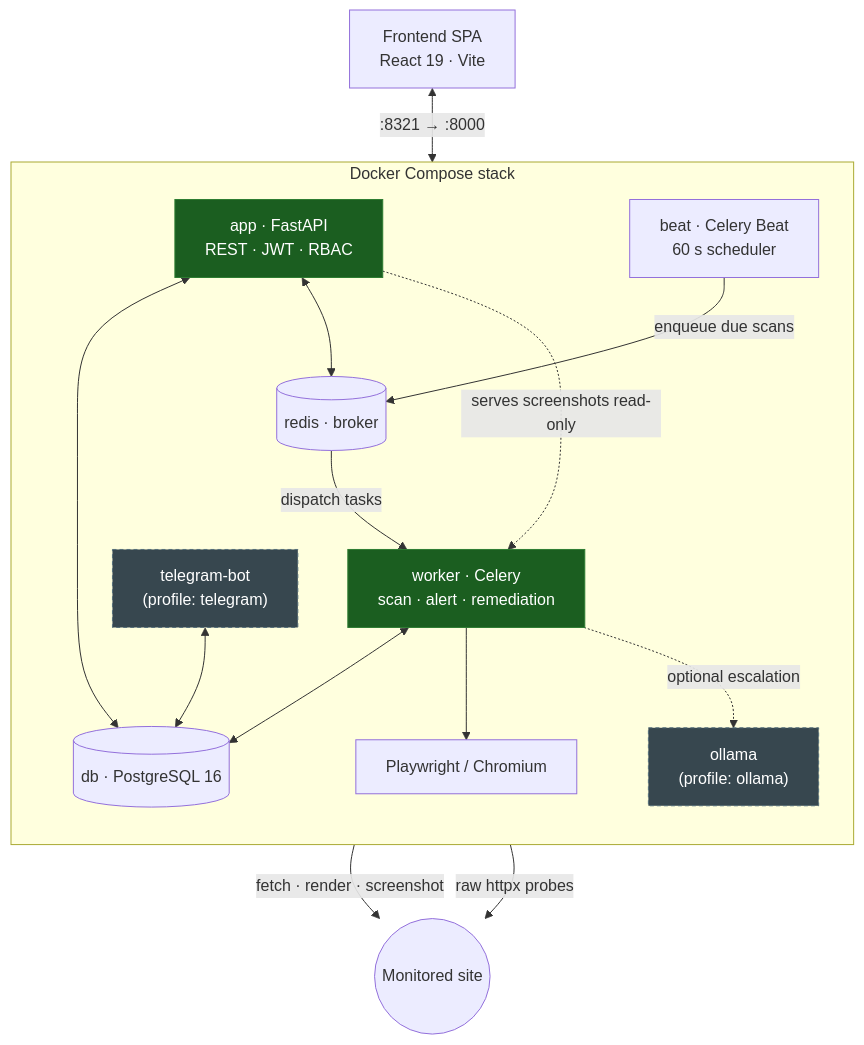
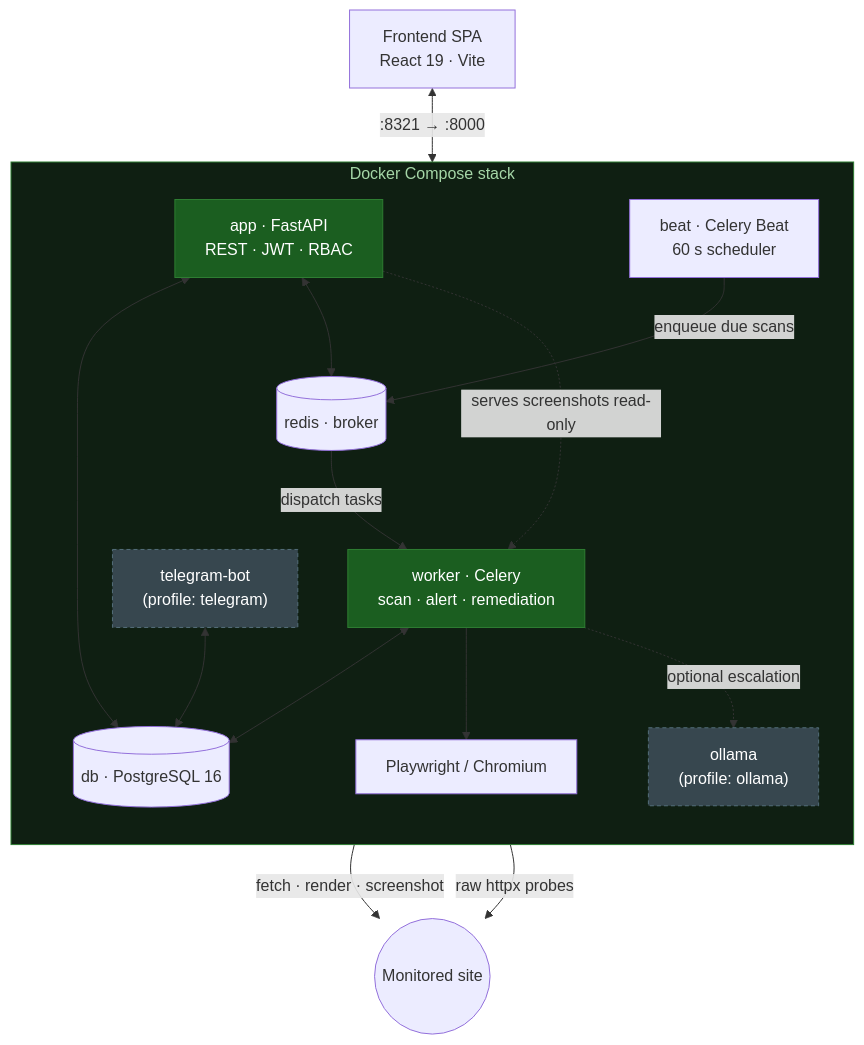
One commit to Ns81000/WARDRESS changed the diagram in docs/introduction.mdx. Above: the diagram before and after it, drawn with Mermaid. The commit also changed 10 other files, not shown here.

Commit message:
docs: add comprehensive documentation for the Wardress detection layers and system architecture.

````diff
--- a/docs/introduction.mdx
+++ b/docs/introduction.mdx
@@ -48,34 +48,35 @@
 ```mermaid
 flowchart TB
     UI[Frontend SPA<br/>React 19 · Vite]
     subgraph HOST [Docker Compose stack]
       direction TB
       API["app · FastAPI<br/>REST · JWT · RBAC"]
       DB[("db · PostgreSQL 16")]
       REDIS[("redis · broker")]
       BEAT["beat · Celery Beat<br/>60 s scheduler"]
       WORKER["worker · Celery<br/>scan · alert · remediation"]
       PW[Playwright / Chromium]
       TG["telegram-bot<br/>(profile: telegram)"]
       OL["ollama<br/>(profile: ollama)"]
     end
     TARGET((Monitored site))
 
     UI <-->|:8321 → :8000| API
     API <--> DB
     API <--> REDIS
     BEAT -->|enqueue due scans| REDIS
     REDIS -->|dispatch tasks| WORKER
     WORKER <--> DB
     WORKER --> PW
     PW -->|fetch · render · screenshot| TARGET
     WORKER -->|raw httpx probes| TARGET
     API -.serves screenshots read-only.-> WORKER
     TG <--> DB
     WORKER -.optional escalation.-> OL
 
     classDef core fill:#1b5e20,stroke:#2e7d32,color:#fff;
     classDef opt fill:#37474f,stroke:#546e7a,color:#fff,stroke-dasharray:4 3;
     class API,WORKER core;
     class TG,OL opt;
+    style HOST fill:#0f1f12,stroke:#2e7d32,color:#a5d6a7;
 ```
````
